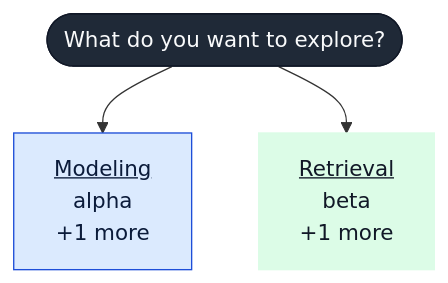
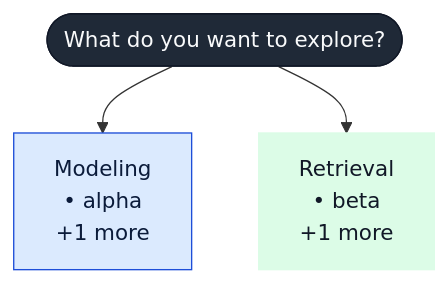
One commit to adeoluo/profile-forge changed the first of 2 diagrams in internal/render/testdata/minimal.md. Above: the diagram before and after it, drawn with Mermaid. The commit also changed 4 other files, not shown here.

````diff
--- a/internal/render/testdata/minimal.md
+++ b/internal/render/testdata/minimal.md
@@ -20,15 +20,15 @@
 ```mermaid
 %%{init: {"flowchart": {"wrappingWidth": 320}}}%%
 flowchart TD
   n_root(["What do you want to explore?"])
-  n_root --> n_model["<u>Modeling</u><br/>alpha<br/>+1 more"]
-  n_root --> n_retr["<u>Retrieval</u><br/>beta<br/>+1 more"]
+  n_root --> n_model["Modeling<br/>• alpha<br/>+1 more"]
+  n_root --> n_retr["Retrieval<br/>• beta<br/>+1 more"]
 
   classDef c_root fill:#1f2937,stroke:#111827,color:#f9fafb;
   classDef c_model fill:#dbeafe,stroke:#1d4ed8,color:#0b1b3a;
   classDef c_retr fill:#dcfce7,stroke:#dcfce7,color:#111827;
 
   class n_root c_root;
   class n_model c_model;
   class n_retr c_retr;
 ```
````
